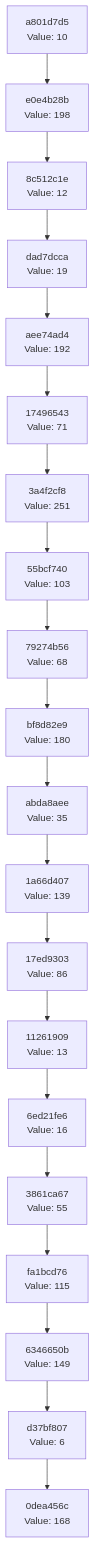
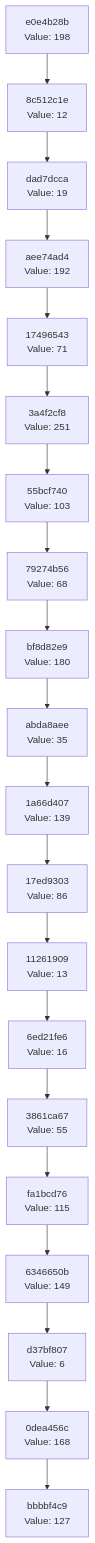
One commit to Abhisheksinha1506/hash-chain-evolver changed the diagram in docs/CHAIN_VISUALIZATION.md. Above: the diagram before and after it, drawn with Mermaid. The commit also changed 2 other files, not shown here.

Commit message:
Evolution Step

````diff
--- a/docs/CHAIN_VISUALIZATION.md
+++ b/docs/CHAIN_VISUALIZATION.md
@@ -3,42 +3,42 @@
 ```mermaid
 graph TD
-    C0["0dea456c<br/>Value: 168"]
-    C1["d37bf807<br/>Value: 6"]
+    C0["bbbbf4c9<br/>Value: 127"]
+    C1["0dea456c<br/>Value: 168"]
     C1 --> C0
-    C2["6346650b<br/>Value: 149"]
+    C2["d37bf807<br/>Value: 6"]
     C2 --> C1
-    C3["fa1bcd76<br/>Value: 115"]
+    C3["6346650b<br/>Value: 149"]
     C3 --> C2
-    C4["3861ca67<br/>Value: 55"]
+    C4["fa1bcd76<br/>Value: 115"]
     C4 --> C3
-    C5["6ed21fe6<br/>Value: 16"]
+    C5["3861ca67<br/>Value: 55"]
     C5 --> C4
-    C6["11261909<br/>Value: 13"]
+    C6["6ed21fe6<br/>Value: 16"]
     C6 --> C5
-    C7["17ed9303<br/>Value: 86"]
+    C7["11261909<br/>Value: 13"]
     C7 --> C6
-    C8["1a66d407<br/>Value: 139"]
+    C8["17ed9303<br/>Value: 86"]
     C8 --> C7
-    C9["abda8aee<br/>Value: 35"]
+    C9["1a66d407<br/>Value: 139"]
     C9 --> C8
-    C10["bf8d82e9<br/>Value: 180"]
+    C10["abda8aee<br/>Value: 35"]
     C10 --> C9
-    C11["79274b56<br/>Value: 68"]
+    C11["bf8d82e9<br/>Value: 180"]
     C11 --> C10
-    C12["55bcf740<br/>Value: 103"]
+    C12["79274b56<br/>Value: 68"]
     C12 --> C11
-    C13["3a4f2cf8<br/>Value: 251"]
+    C13["55bcf740<br/>Value: 103"]
     C13 --> C12
-    C14["17496543<br/>Value: 71"]
+    C14["3a4f2cf8<br/>Value: 251"]
     C14 --> C13
-    C15["aee74ad4<br/>Value: 192"]
+    C15["17496543<br/>Value: 71"]
     C15 --> C14
-    C16["dad7dcca<br/>Value: 19"]
+    C16["aee74ad4<br/>Value: 192"]
     C16 --> C15
-    C17["8c512c1e<br/>Value: 12"]
+    C17["dad7dcca<br/>Value: 19"]
     C17 --> C16
-    C18["e0e4b28b<br/>Value: 198"]
+    C18["8c512c1e<br/>Value: 12"]
     C18 --> C17
-    C19["a801d7d5<br/>Value: 10"]
+    C19["e0e4b28b<br/>Value: 198"]
     C19 --> C18
 ```
````
